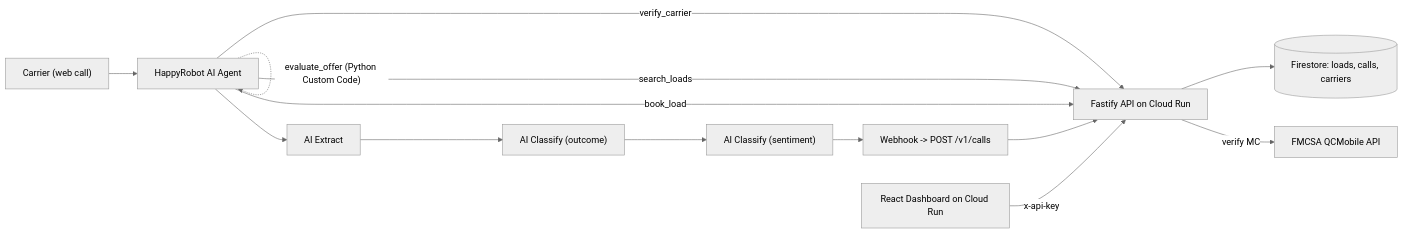
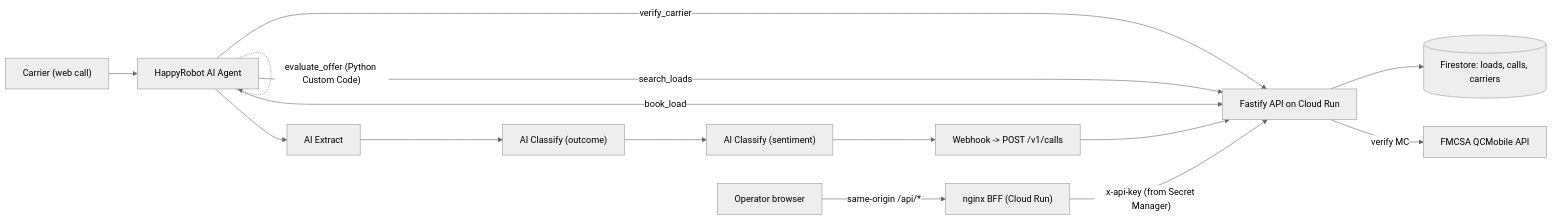
One commit to matijacob96/happyrobot-inbound-carrier-sales-mjacob changed the diagram in README.md. Above: the diagram before and after it, drawn with Mermaid (neutral theme). The commit also changed other lines of this file and 14 other files, not shown here.

````diff
--- a/README.md
+++ b/README.md
@@ -46,16 +48,17 @@
 ```mermaid
 flowchart LR
     Carrier["Carrier (web call)"] --> HRAgent["HappyRobot AI Agent"]
     HRAgent -->|"verify_carrier"| API["Fastify API on Cloud Run"]
     HRAgent -->|"search_loads"| API
     HRAgent -->|"book_load"| API
     HRAgent -.->|"evaluate_offer (Python Custom Code)"| HRAgent
     HRAgent --> AIExtract["AI Extract"]
     AIExtract --> OutcomeClassify["AI Classify (outcome)"]
     OutcomeClassify --> SentimentClassify["AI Classify (sentiment)"]
     SentimentClassify --> WebhookOut["Webhook -> POST /v1/calls"]
     WebhookOut --> API
     API --> Firestore[("Firestore: loads, calls, carriers")]
     API -->|"verify MC"| FMCSA["FMCSA QCMobile API"]
-    Dashboard["React Dashboard on Cloud Run"] -->|"x-api-key"| API
+    Browser["Operator browser"] -->|"same-origin /api/*"| Dashboard["nginx BFF (Cloud Run)"]
+    Dashboard -->|"x-api-key (from Secret Manager)"| API
 ```
````
